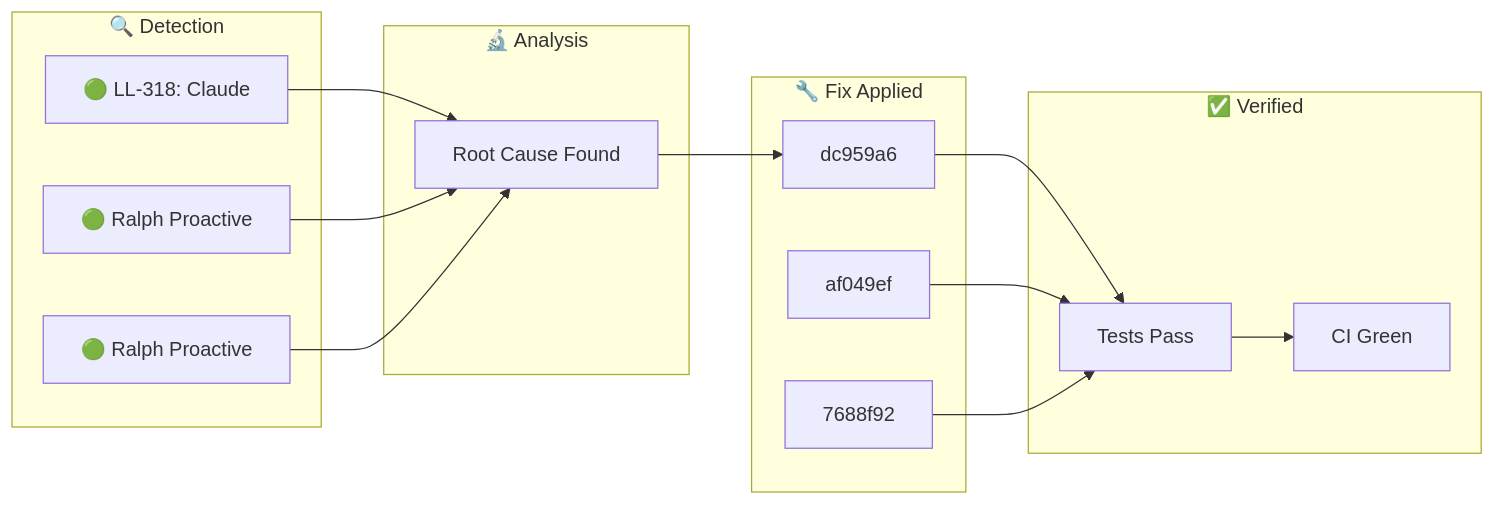
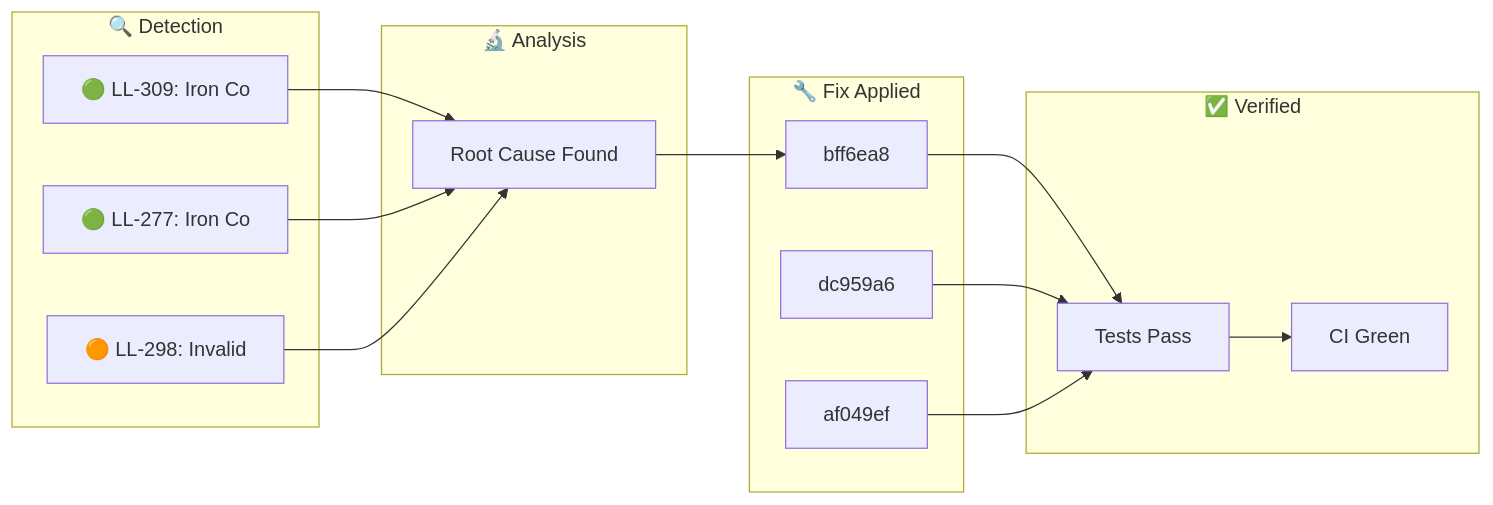
The diagram in docs/_posts/2026-01-30-ralph-discovery.md (YoByron/trading), drawn with Mermaid before and after one commit. The commit also changed other lines of this file, not shown here.

Commit message:
docs(ralph): Auto-publish discovery blog post

````diff
--- a/docs/_posts/2026-01-30-ralph-discovery.md
+++ b/docs/_posts/2026-01-30-ralph-discovery.md
@@ -17,28 +17,28 @@
 ```mermaid
 flowchart LR
     subgraph Detection["🔍 Detection"]
-        D1["🟢 LL-318: Claude "]
-        D2["🟢 Ralph Proactive"]
-        D3["🟢 Ralph Proactive"]
+        D1["🟢 LL-309: Iron Co"]
+        D2["🟢 LL-277: Iron Co"]
+        D3["🟠 LL-298: Invalid"]
     end
     subgraph Analysis["🔬 Analysis"]
         A1["Root Cause Found"]
     end
     subgraph Fix["🔧 Fix Applied"]
-        F1["dc959a6"]
-        F2["af049ef"]
-        F3["7688f92"]
+        F1["bff6ea8"]
+        F2["dc959a6"]
+        F3["af049ef"]
     end
     subgraph Verify["✅ Verified"]
         V1["Tests Pass"]
         V2["CI Green"]
     end
     D1 --> A1
     D2 --> A1
     D3 --> A1
     A1 --> F1
     F1 --> V1
     F2 --> V1
     F3 --> V1
     V1 --> V2
 ```
````
